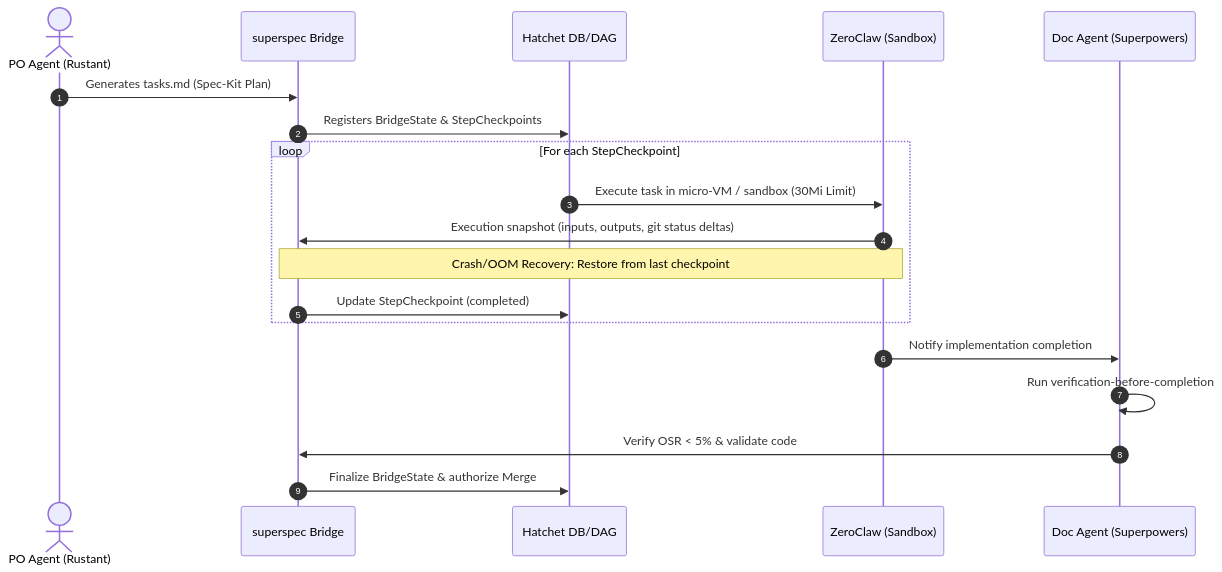
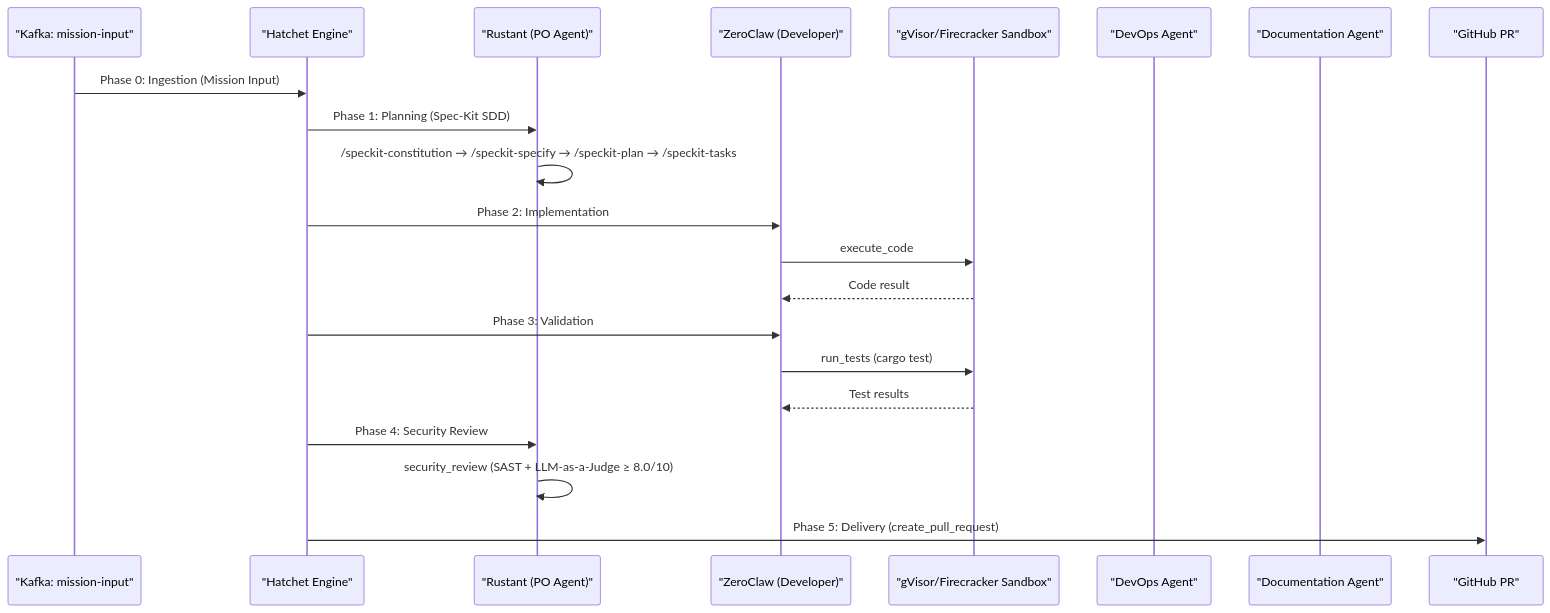
Before and after one commit to lgcorzo/rust_CACD_autonomous_factory: the diagram in wiki/TACTICAL-DESIGN.md, drawn with Mermaid. The commit also changed other lines of this file and 12 other files, not shown here.

Commit message:
docs: overhaul wiki documentation, expanding architectural, infrastructure, and operational specifications.

````diff
--- a/wiki/TACTICAL-DESIGN.md
+++ b/wiki/TACTICAL-DESIGN.md
@@ -45,22 +23,24 @@
 ```mermaid
 sequenceDiagram
-    autonumber
-    actor PO as PO Agent (Rustant)
-    participant B as superspec Bridge
-    participant H as Hatchet DB/DAG
-    participant Z as ZeroClaw (Sandbox)
-    participant D as Doc Agent (Superpowers)
-    
-    PO->>B: Generates tasks.md (Spec-Kit Plan)
-    B->>H: Registers BridgeState & StepCheckpoints
-    loop For each StepCheckpoint
-        H->>Z: Execute task in micro-VM / sandbox (30Mi Limit)
-        Z->>B: Execution snapshot (inputs, outputs, git status deltas)
-        Note over Z,B: Crash/OOM Recovery: Restore from last checkpoint
-        B->>H: Update StepCheckpoint (completed)
-    end
-    Z->>D: Notify implementation completion
-    D->>D: Run verification-before-completion
-    D->>B: Verify OSR < 5% & validate code
-    B->>H: Finalize BridgeState & authorize Merge
+    participant Kafka as "Kafka: mission-input"
+    participant Hatchet as "Hatchet Engine"
+    participant RU as "Rustant (PO Agent)"
+    participant ZC as "ZeroClaw (Developer)"
+    participant Sandbox as "gVisor/Firecracker Sandbox"
+    participant DevOps as "DevOps Agent"
+    participant Doc as "Documentation Agent"
+    participant GH as "GitHub PR"
+
+    Kafka->>Hatchet: Phase 0: Ingestion (Mission Input)
+    Hatchet->>RU: Phase 1: Planning (Spec-Kit SDD)
+    RU->>RU: /speckit-constitution → /speckit-specify → /speckit-plan → /speckit-tasks
+    Hatchet->>ZC: Phase 2: Implementation
+    ZC->>Sandbox: execute_code
+    Sandbox-->>ZC: Code result
+    Hatchet->>ZC: Phase 3: Validation
+    ZC->>Sandbox: run_tests (cargo test)
+    Sandbox-->>ZC: Test results
+    Hatchet->>RU: Phase 4: Security Review
+    RU->>RU: security_review (SAST + LLM-as-a-Judge ≥ 8.0/10)
+    Hatchet->>GH: Phase 5: Delivery (create_pull_request)
 ```
````
